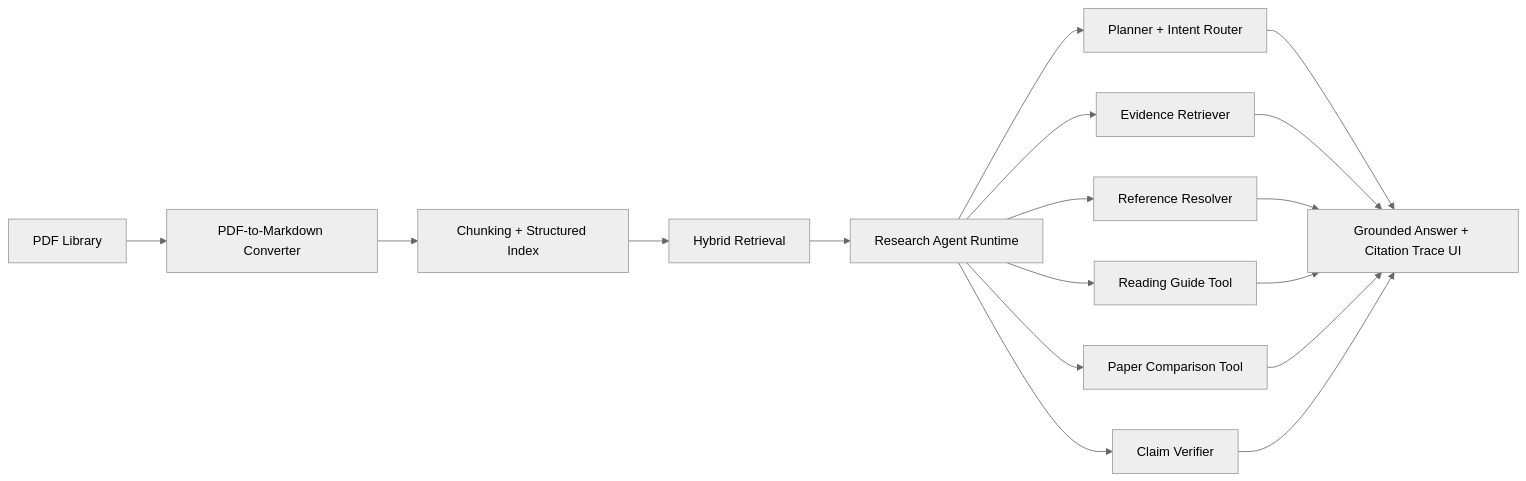
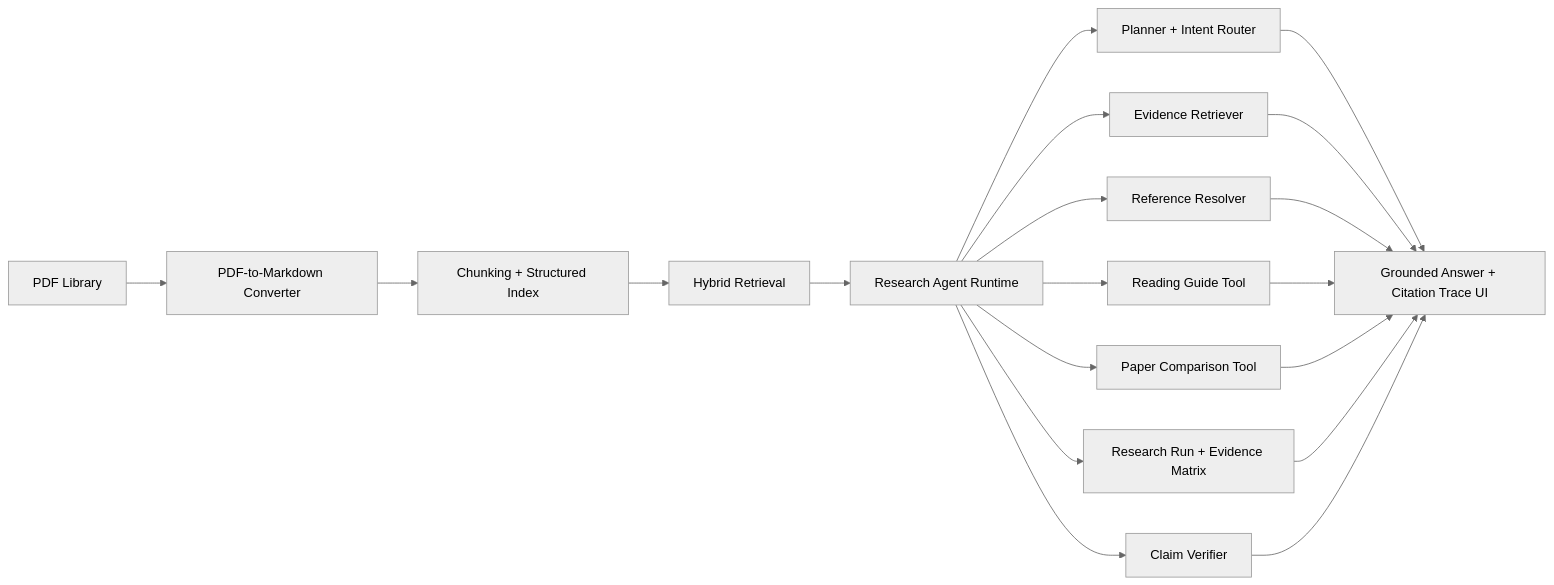
Before and after one commit to LittlePyx/Pi_zaya: the diagram in README.md, drawn with Mermaid (neutral theme). The commit also changed other lines of this file and 16 other files, not shown here.

Commit message:
Add research run evidence matrix trace

````diff
--- a/README.md
+++ b/README.md
@@ -44,19 +44,21 @@
 ```mermaid
 flowchart LR
   A["PDF Library"] --> B["PDF-to-Markdown Converter"]
   B --> C["Chunking + Structured Index"]
   C --> D["Hybrid Retrieval"]
   D --> E["Research Agent Runtime"]
   E --> P["Planner + Intent Router"]
   E --> R["Evidence Retriever"]
   E --> X["Reference Resolver"]
   E --> G["Reading Guide Tool"]
   E --> M["Paper Comparison Tool"]
+  E --> Q["Research Run + Evidence Matrix"]
   E --> V["Claim Verifier"]
   P --> O["Grounded Answer + Citation Trace UI"]
   R --> O
   X --> O
   G --> O
   M --> O
+  Q --> O
   V --> O
 ```
````
